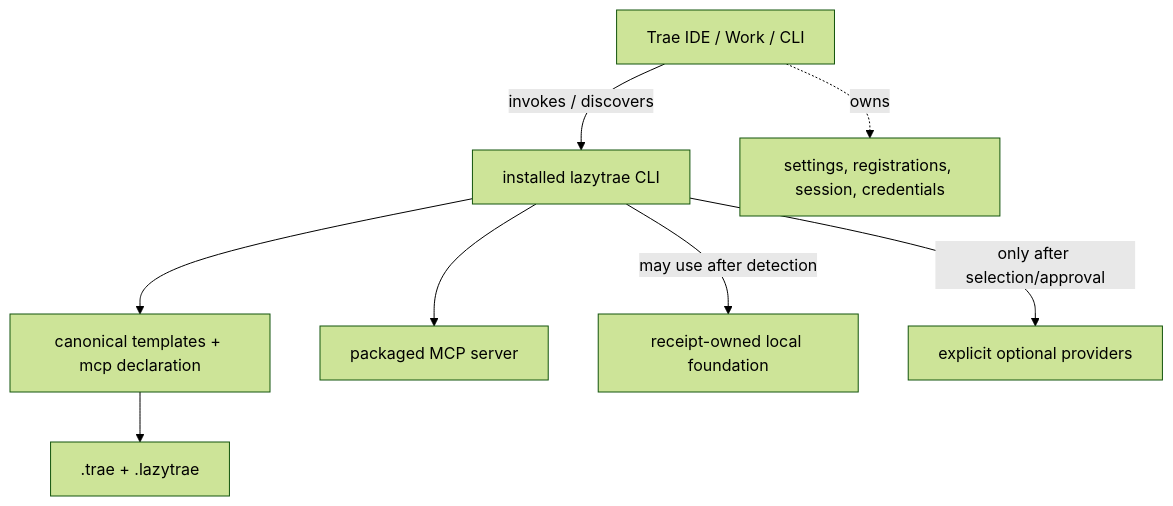
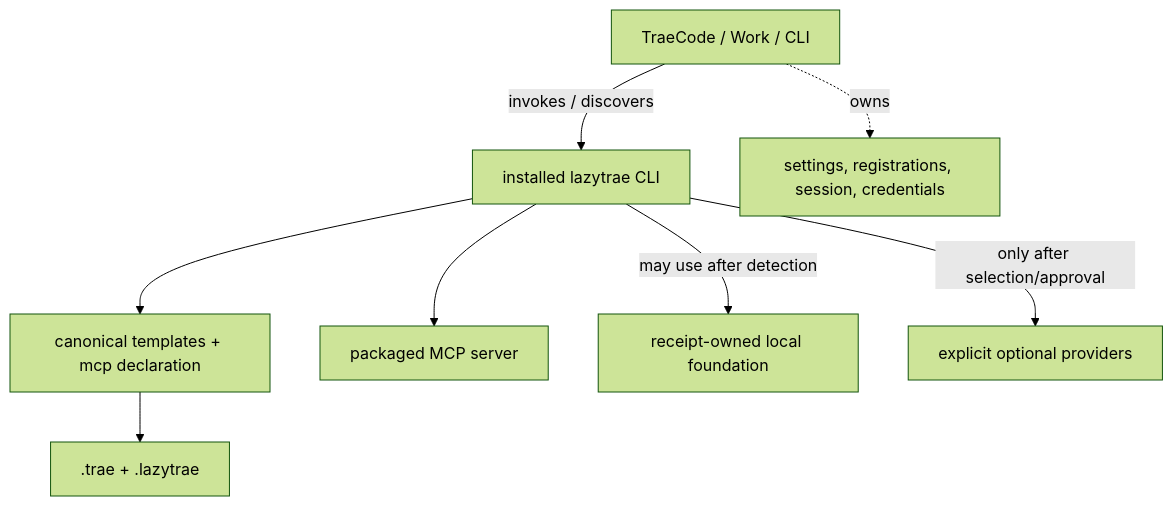
Before and after one commit to elvinzhao10/LazyTrae: the diagram in docs/reference/dependency-and-host-boundaries.md, drawn with Mermaid (forest theme). The commit also changed other lines of this file and 211 other files, not shown here.

````diff
--- a/docs/reference/dependency-and-host-boundaries.md
+++ b/docs/reference/dependency-and-host-boundaries.md
@@ -5,16 +5,16 @@
 ```mermaid
 flowchart TB
-    Host["Trae IDE / Work / CLI"]
+    Host["TraeCode / Work / CLI"]
     CLI["installed lazytrae CLI"]
     Templates["canonical templates + mcp declaration"]
     Project[".trae + .lazytrae"]
     MCP["packaged MCP server"]
     Foundation["receipt-owned local foundation"]
     Optional["explicit optional providers"]
     Host -->|invokes / discovers| CLI
     CLI --> Templates --> Project
     CLI --> MCP
     CLI -->|may use after detection| Foundation
     CLI -->|only after selection/approval| Optional
     Host -. owns .-> HostState["settings, registrations, session, credentials"]
 ```
````
